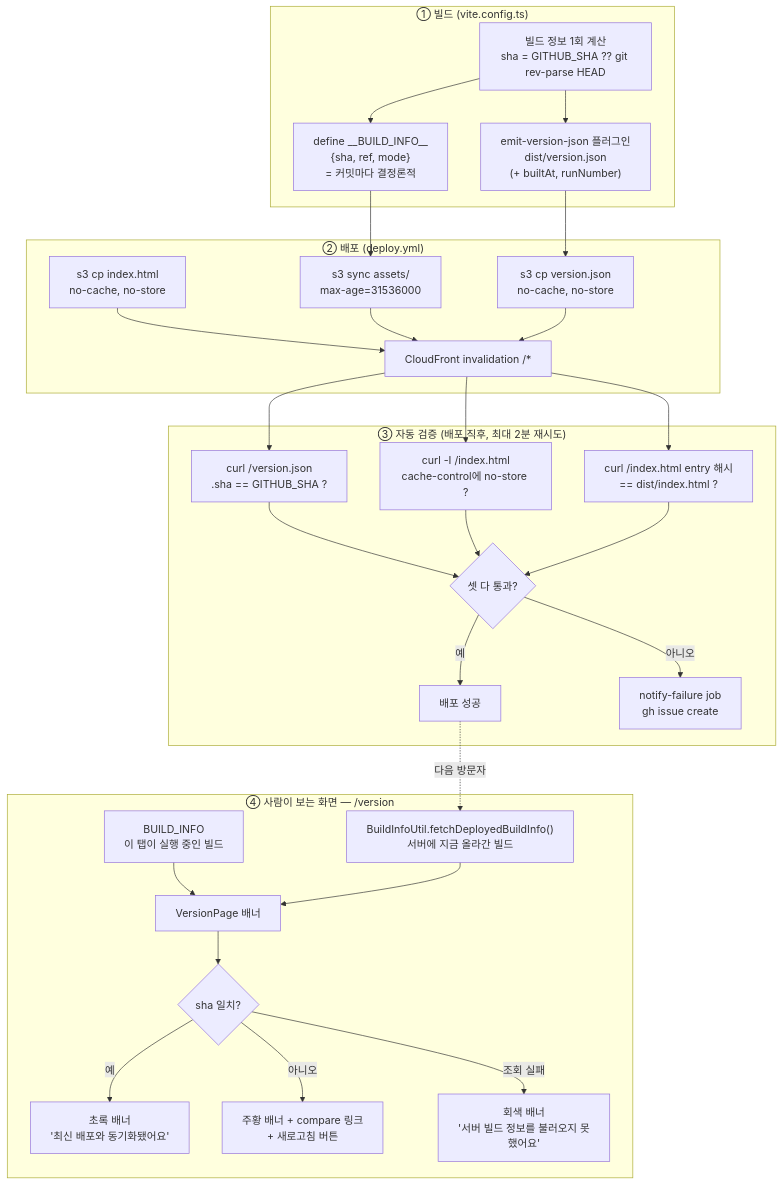
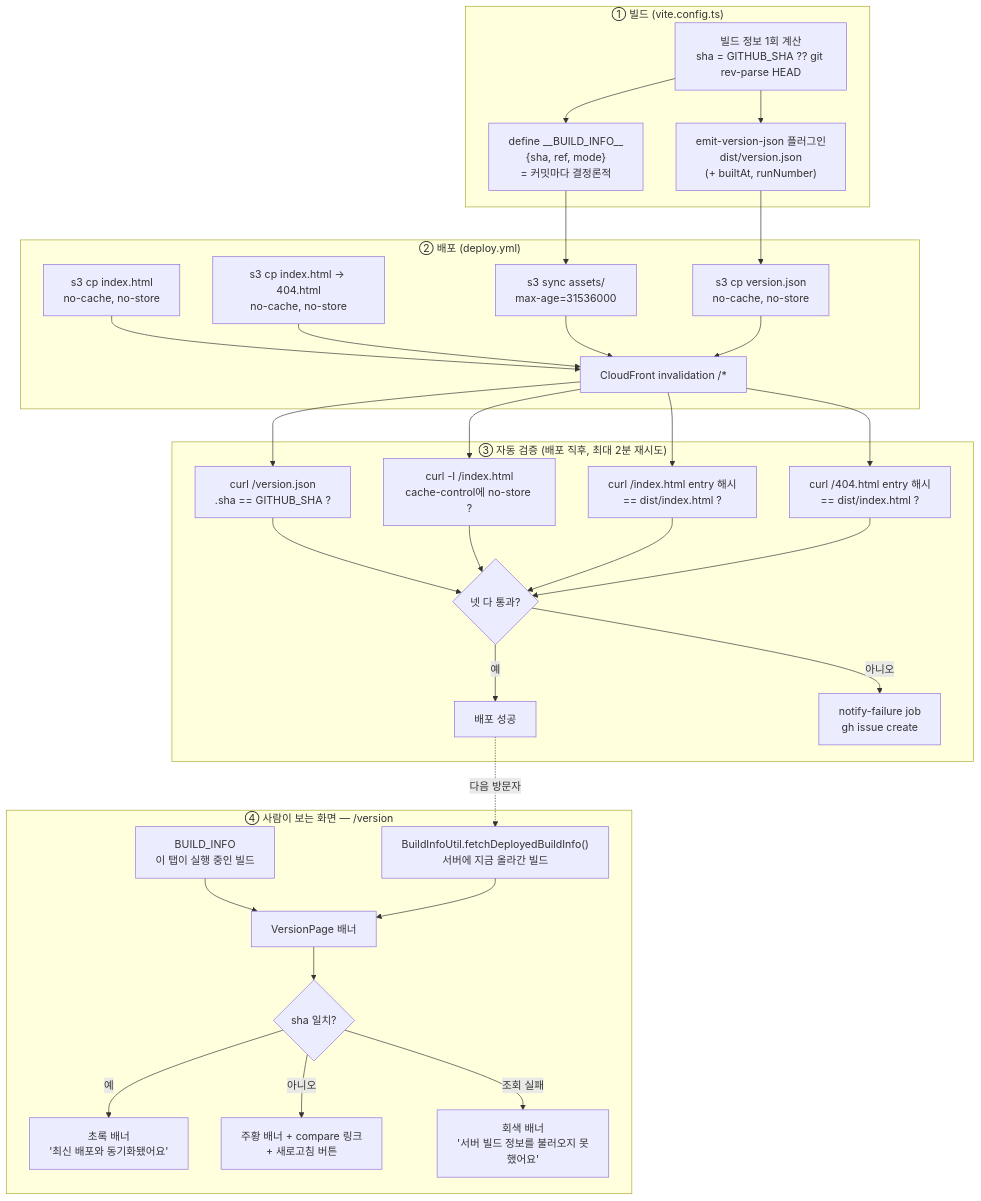
The diagram in docs/BUILD-VERSION.md (BAECHAN/link-sphere_FE_NEW), drawn with Mermaid before and after one commit. The commit also changed other lines of this file and 43 other files, not shown here.

````diff
--- a/docs/BUILD-VERSION.md
+++ b/docs/BUILD-VERSION.md
@@ -34,38 +34,41 @@
 ```mermaid
 flowchart TD
   subgraph BUILD["① 빌드 (vite.config.ts)"]
     A["빌드 정보 1회 계산<br/>sha = GITHUB_SHA ?? git rev-parse HEAD"]
     A --> B["define __BUILD_INFO__<br/>{sha, ref, mode}<br/>= 커밋마다 결정론적"]
     A --> C["emit-version-json 플러그인<br/>dist/version.json<br/>(+ builtAt, runNumber)"]
   end
 
   subgraph DEPLOY["② 배포 (deploy.yml)"]
     B --> D["s3 sync assets/<br/>max-age=31536000"]
     C --> E["s3 cp version.json<br/>no-cache, no-store"]
     F["s3 cp index.html<br/>no-cache, no-store"] --> G["CloudFront invalidation /*"]
+    F2["s3 cp index.html → 404.html<br/>no-cache, no-store"] --> G
     D --> G
     E --> G
   end
 
   subgraph VERIFY["③ 자동 검증 (배포 직후, 최대 2분 재시도)"]
     G --> H["curl /version.json<br/>.sha == GITHUB_SHA ?"]
     G --> I["curl -I /index.html<br/>cache-control에 no-store ?"]
     G --> J["curl /index.html entry 해시<br/>== dist/index.html ?"]
-    H --> K{"셋 다 통과?"}
+    G --> J2["curl /404.html entry 해시<br/>== dist/index.html ?"]
+    H --> K{"넷 다 통과?"}
     I --> K
     J --> K
+    J2 --> K
     K -->|예| M["배포 성공"]
     K -->|아니오| L["notify-failure job<br/>gh issue create"]
   end
 
   subgraph SCREEN["④ 사람이 보는 화면 — /version"]
     N["BUILD_INFO<br/>이 탭이 실행 중인 빌드"] --> P["VersionPage 배너"]
     O["BuildInfoUtil.fetchDeployedBuildInfo()<br/>서버에 지금 올라간 빌드"] --> P
     P --> R{"sha 일치?"}
     R -->|예| S["초록 배너<br/>'최신 배포와 동기화됐어요'"]
     R -->|아니오| T["주황 배너 + compare 링크<br/>+ 새로고침 버튼"]
     R -->|조회 실패| U["회색 배너<br/>'서버 빌드 정보를 불러오지 못했어요'"]
   end
 
   M -.->|다음 방문자| O
 ```
````
